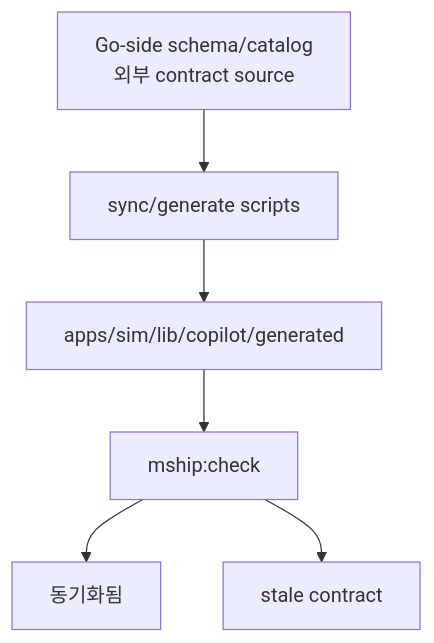
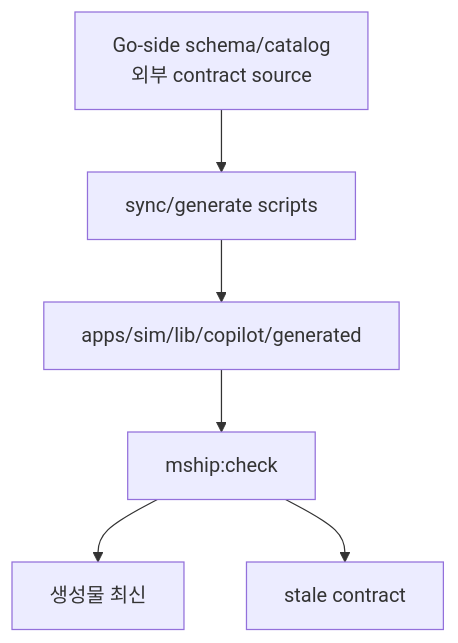
One commit to nfbs2000/speaky-sim changed the third of 3 diagrams in site/docs/mothership-contract/02-source-map.md. Above: the diagram before and after it, drawn with Mermaid. The commit also changed 4 other files, not shown here.

````diff
--- a/site/docs/mothership-contract/02-source-map.md
+++ b/site/docs/mothership-contract/02-source-map.md
@@ -67,8 +67,8 @@
 ```mermaid
 flowchart TD
   SourceSchema["Go-side schema/catalog<br/>외부 contract source"] --> Generator["sync/generate scripts"]
   Generator --> GeneratedFiles["apps/sim/lib/copilot/generated"]
   GeneratedFiles --> Check["mship:check"]
-  Check --> Pass["동기화됨"]
+  Check --> Pass["생성물 최신"]
   Check --> Fail["stale contract"]
 ```
````
